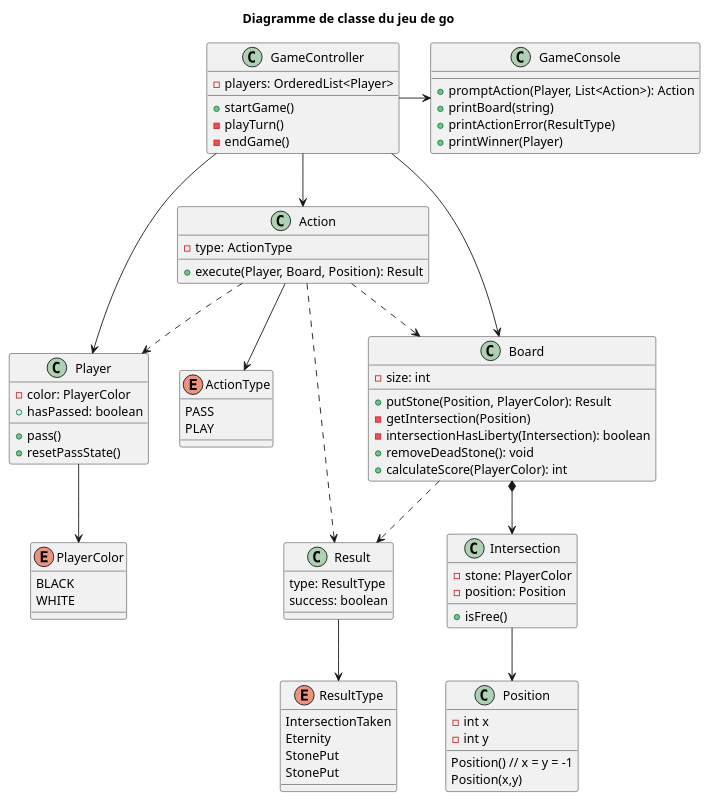
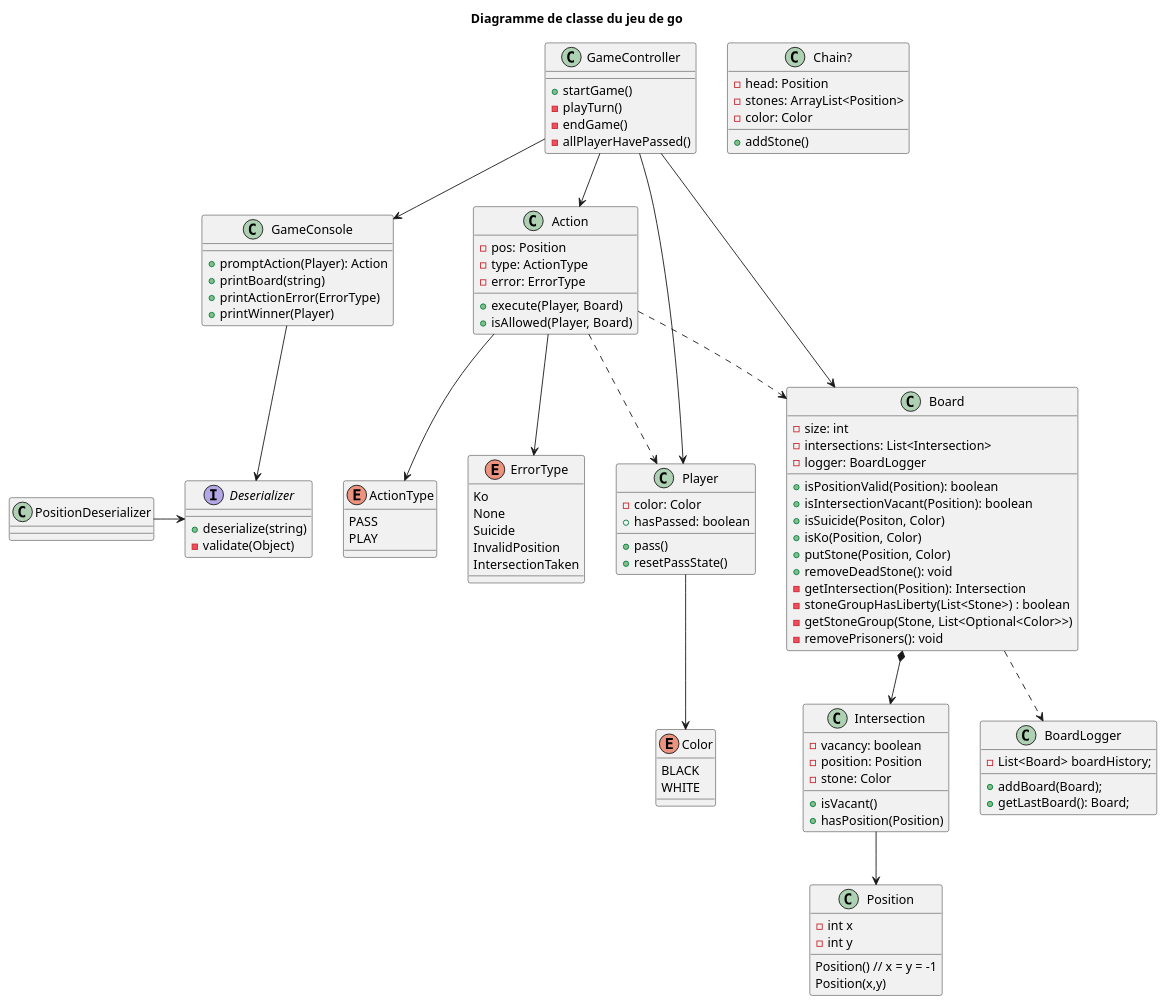
One commit to pierrelucueisd/compteurpoints-jeu-go-java changed the diagram in Conception.puml. Above: the diagram before and after it, drawn with PlantUML. The commit also changed 18 other files, not shown here.

```diff
--- a/Conception.puml
+++ b/Conception.puml
@@ -1,94 +1,125 @@
 @startuml
 
 title Diagramme de classe du jeu de go
 
 class GameController {
-    - players: OrderedList<Player>
     + startGame()
     - playTurn()
     - endGame()
+    - allPlayerHavePassed()
 }
 
 class GameConsole {
-    + promptAction(Player, List<Action>): Action
+    + promptAction(Player): Action
     + printBoard(string)
-    + printActionError(ResultType)
+    + printActionError(ErrorType)
     + printWinner(Player)
 }
 
+interface Deserializer {
+    + deserialize(string)
+    - validate(Object)
+}
+
+class PositionDeserializer {
+}
+
 class Action {
+    - pos: Position
     - type: ActionType
-    + execute(Player, Board, Position): Result
+    - error: ErrorType
+    + execute(Player, Board)
+    + isAllowed(Player, Board)
 }
 
 enum ActionType {
     PASS
     PLAY
 }
 
-class Result {
-   type: ResultType
-   success: boolean
-}
-
-enum ResultType {
+enum ErrorType {
+    Ko
+    None
+    Suicide
+    InvalidPosition
     IntersectionTaken
-    Eternity
-    StonePut
-    StonePut
 }
 
 class Player{
-    - color: PlayerColor
+    - color: Color
     + hasPassed: boolean
     + pass()
     + resetPassState()
 }
 
-enum PlayerColor{
+enum Color{
     BLACK
     WHITE
 }
 
 class Board {
     - size: int
-    + putStone(Position, PlayerColor): Result
-    - getIntersection(Position)
-    - intersectionHasLiberty(Intersection): boolean
+    - intersections: List<Intersection>
+    - logger: BoardLogger
+    + isPositionValid(Position): boolean
+    + isIntersectionVacant(Position): boolean
+    + isSuicide(Positon, Color)
+    + isKo(Position, Color)
+    + putStone(Position, Color)
     + removeDeadStone(): void
-    + calculateScore(PlayerColor): int
+    - getIntersection(Position): Intersection
+    - stoneGroupHasLiberty(List<Stone>) : boolean
+    - getStoneGroup(Stone, List<Optional<Color>>)
+    - removePrisoners(): void
+}
+
+class BoardLogger {
+    - List<Board> boardHistory;
+    + addBoard(Board);
+    + getLastBoard(): Board;
+}
+
+class Chain? {
+- head: Position
+- stones: ArrayList<Position>
+- color: Color
++ addStone()
 }
 
 class Intersection {
-    - stone: PlayerColor
+    - vacancy: boolean
     - position: Position
-    + isFree()
+    - stone: Color
+    + isVacant()
+    + hasPosition(Position)
 }
 
 class Position {
     Position() // x = y = -1
     Position(x,y)
     - int x
     - int y
 }
 
 Action --> ActionType
 Action -.> Player
 Action -.> Board
-Action -.> Result
-
-Result --> ResultType
+Action --> ErrorType
 
 Intersection --> Position
 
 Board *--> Intersection
-Board -.> Result
+Board -.> BoardLogger
 
 GameController --> Action
 GameController --> Board
 GameController --> Player
-GameController -> GameConsole
+GameController --> GameConsole
 
-Player --> PlayerColor
+GameConsole --> Deserializer
+
+PositionDeserializer -> Deserializer
+
+Player --> Color
 
 @enduml
```
